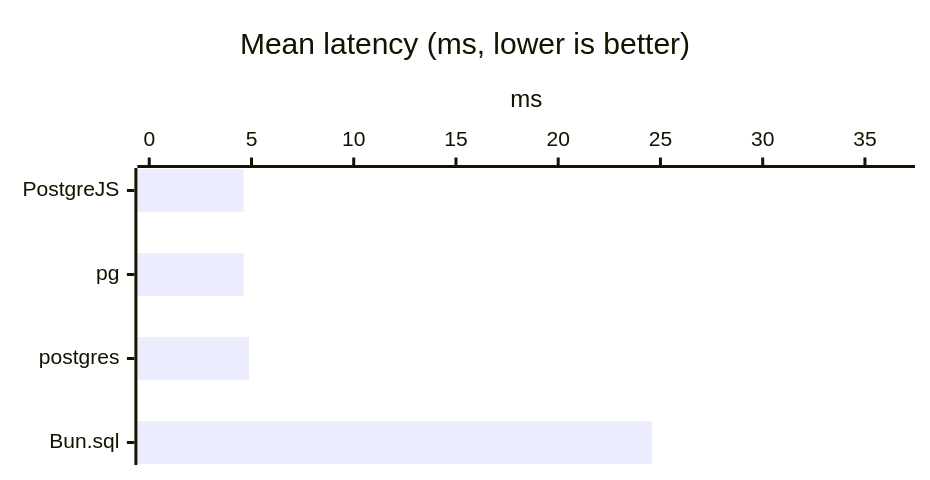
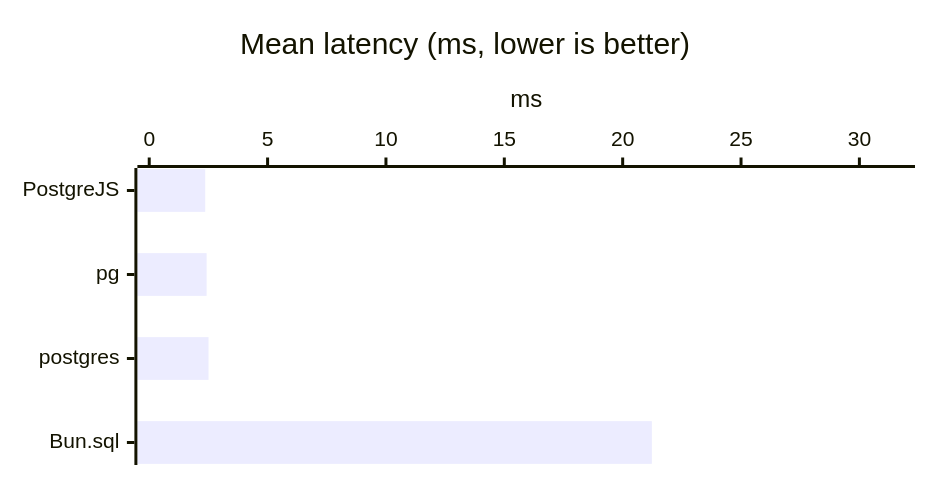
The seventh of 56 diagrams in docs/getting-started/benchmarks-bun.md (panates/postgrejs-doc), drawn with Mermaid before and after one commit. The commit also changed other lines of this file and 24 other files, not shown here.

````diff
--- a/docs/getting-started/benchmarks-bun.md
+++ b/docs/getting-started/benchmarks-bun.md
@@ -242,8 +242,8 @@
 ```mermaid
 %%{init: {'xyChart': {'width': 600, 'height': 300, 'chartOrientation': 'horizontal'}}}%%
 xychart-beta
     title "Mean latency (ms, lower is better)"
     x-axis ["PostgreJS", "pg", "postgres", "Bun.sql"]
-    y-axis "ms" 0.0000 --> 36.8690
-    bar [4.6156, 4.6089, 4.8834, 24.5793]
+    y-axis "ms" 0.0000 --> 31.8491
+    bar [2.3650, 2.4239, 2.5053, 21.2328]
 ```
````
